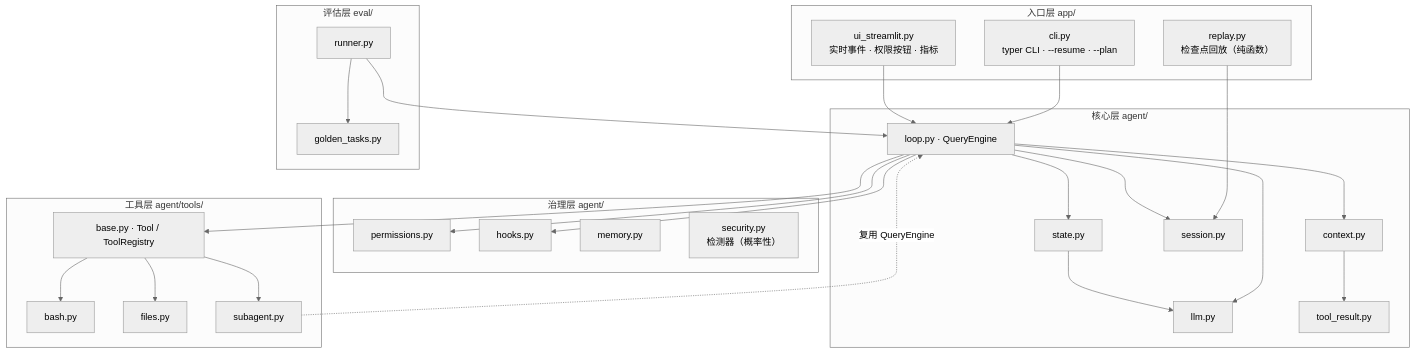
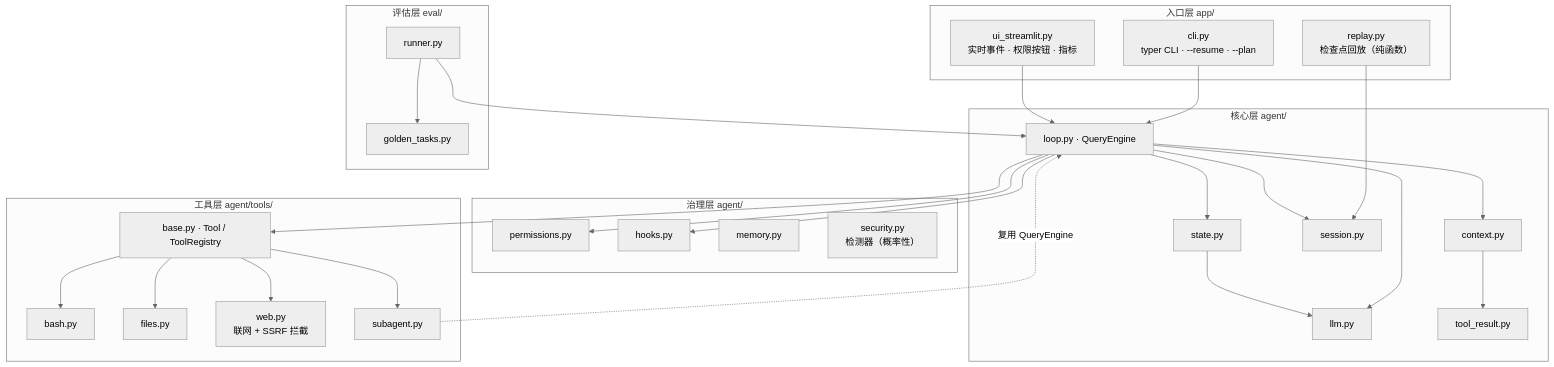
One commit to Goat-Donk/mini-coding changed the first of 8 diagrams in docs/architecture.md. Above: the diagram before and after it, drawn with Mermaid (neutral theme). The commit also changed other lines of this file and 17 other files, not shown here.

````diff
--- a/docs/architecture.md
+++ b/docs/architecture.md
@@ -16,55 +16,57 @@
 ```mermaid
 flowchart TB
     subgraph ENTRY["入口层 app/"]
         CLI["cli.py<br/>typer CLI · --resume · --plan"]
         UI["ui_streamlit.py<br/>实时事件 · 权限按钮 · 指标"]
         RP["replay.py<br/>检查点回放（纯函数）"]
     end
 
     subgraph CORE["核心层 agent/"]
         LOOP["loop.py · QueryEngine"]
         LLM["llm.py"]
         STATE["state.py"]
         CTX["context.py"]
         TR["tool_result.py"]
         SESS["session.py"]
     end
 
     subgraph GOV["治理层 agent/"]
         PERM["permissions.py"]
         HOOK["hooks.py"]
         MEM["memory.py"]
         SEC["security.py<br/>检测器（概率性）"]
     end
 
     subgraph TOOLS["工具层 agent/tools/"]
         BASE["base.py · Tool / ToolRegistry"]
         BASH["bash.py"]
         FILES["files.py"]
+        WEB["web.py<br/>联网 + SSRF 拦截"]
         SUB["subagent.py"]
     end
 
     subgraph EVAL["评估层 eval/"]
         GT["golden_tasks.py"]
         RUN["runner.py"]
     end
 
     CLI --> LOOP
     UI --> LOOP
     RP --> SESS
     LOOP --> LLM
     LOOP --> STATE
     LOOP --> CTX
     LOOP --> SESS
     LOOP --> PERM
     LOOP --> HOOK
     LOOP --> BASE
     CTX --> TR
     STATE --> LLM
     BASE --> BASH
     BASE --> FILES
+    BASE --> WEB
     BASE --> SUB
     SUB -. 复用 QueryEngine .-> LOOP
     RUN --> GT
     RUN --> LOOP
 ```
````
